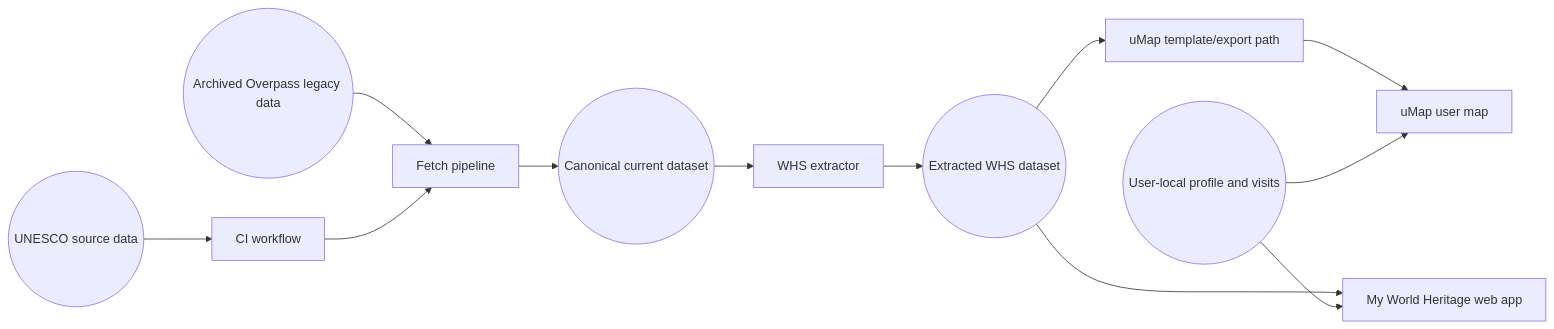
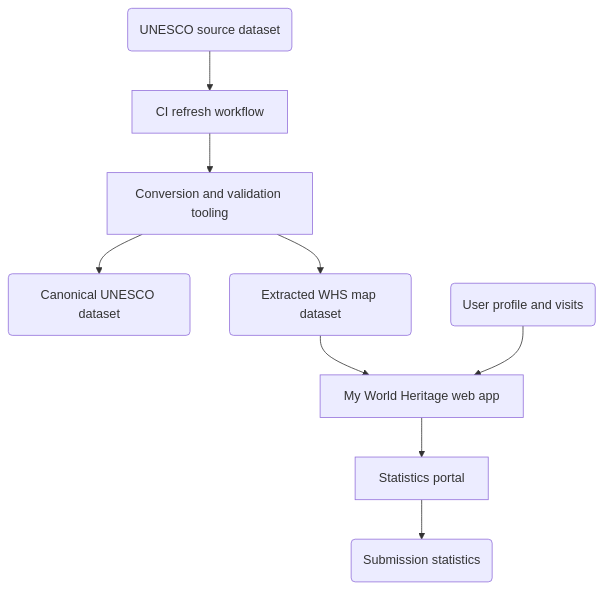
Before and after one commit to pekka-28/unesco: the diagram in Requirements.md, drawn with Mermaid. The commit also changed other lines of this file and 4 other files, not shown here.

````diff
--- a/Requirements.md
+++ b/Requirements.md
@@ -21,27 +22,22 @@
 ```mermaid
-flowchart LR
-  D1((UNESCO source data))
-  D2((Archived Overpass legacy data))
-  D3((Canonical current dataset))
-  D4((Extracted WHS dataset))
-  D5((User-local profile and visits))
+flowchart TD
+  A1(UNESCO source dataset)
+  A2(Canonical UNESCO dataset)
+  A3(Extracted WHS map dataset)
+  A4(User profile and visits)
+  A5(Submission statistics)
 
-  C1[CI workflow]
-  C2[Fetch pipeline]
-  C3[WHS extractor]
-  C4[uMap template/export path]
-  C5[My World Heritage web app]
-  C6[uMap user map]
+  P1[CI refresh workflow]
+  P2[Conversion and validation tooling]
+  P3[My World Heritage web app]
+  P4[Statistics portal]
 
-  D1 --> C1
-  D2 --> C2
-  C1 --> C2
-  C2 --> D3
-  D3 --> C3
-  C3 --> D4
-  D4 --> C4
-  C4 --> C6
-  D4 --> C5
-  D5 --> C5
-  D5 --> C6
+  A1 --> P1
+  P1 --> P2
+  P2 --> A2
+  P2 --> A3
+  A3 --> P3
+  A4 --> P3
+  P3 --> P4
+  P4 --> A5
 ```
````
